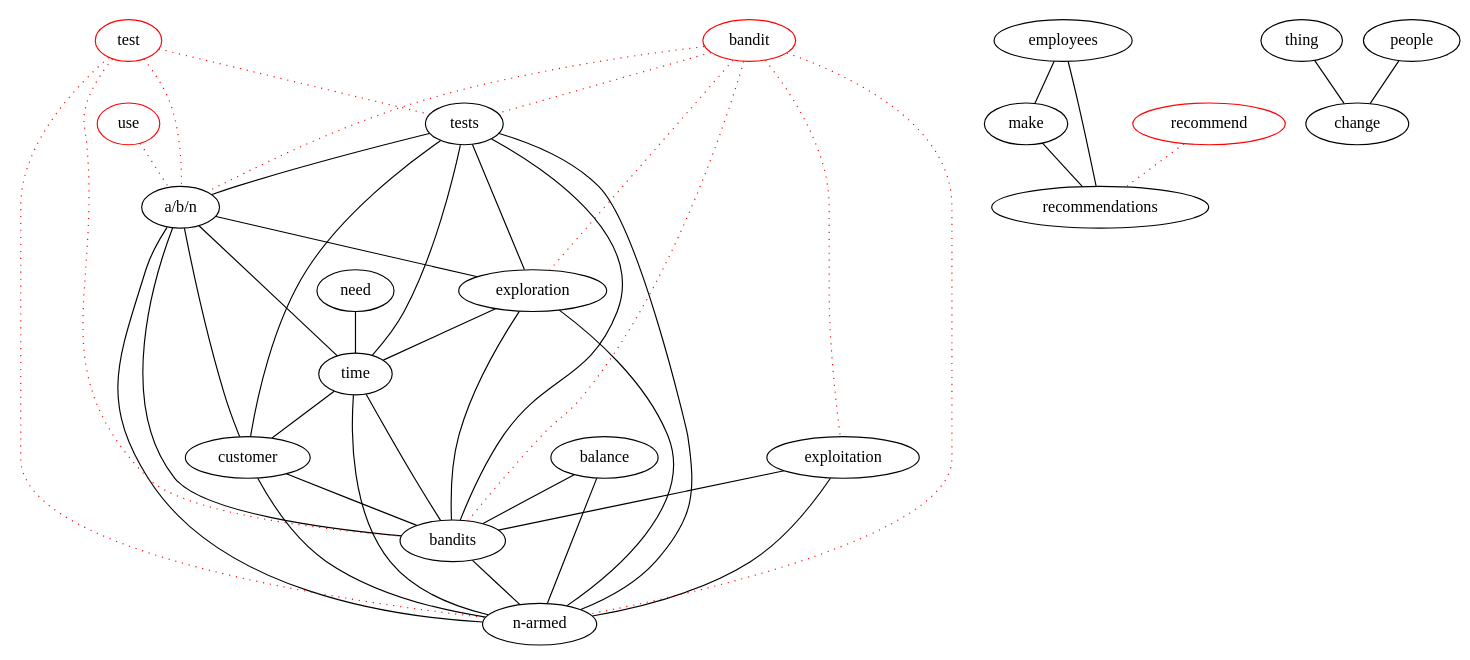
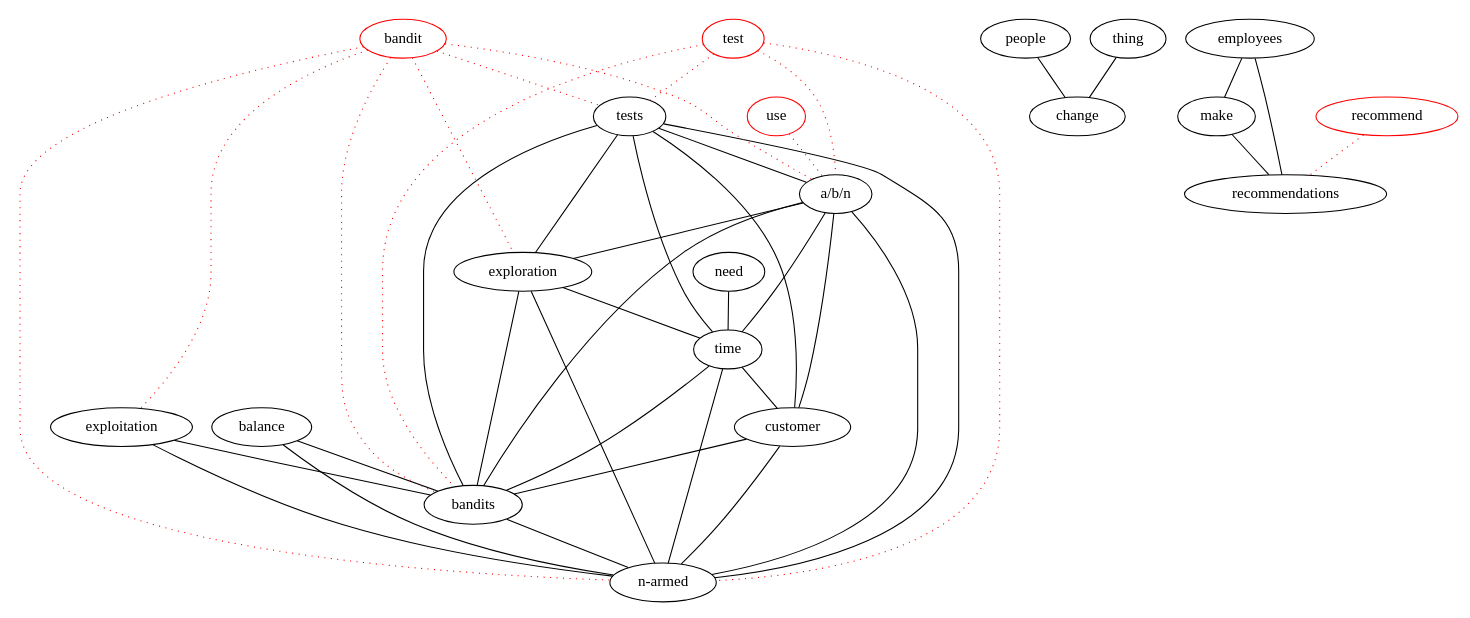
The diagram in dot/actions.dot (michaelweiss/keygraph), drawn with Graphviz before and after one commit. The commit also changed other lines of this file and 2 other files, not shown here.

```diff
--- a/dot/actions.dot
+++ b/dot/actions.dot
@@ -1,65 +1,65 @@
 graph keygraph {
 graph [size="10,10"]
+"a/b/n" [color="black"]
+people [color="black"]
 time [color="black"]
+change [color="black"]
+employees [color="black"]
+thing [color="black"]
+exploitation [color="black"]
 make [color="black"]
+exploration [color="black"]
+balance [color="black"]
+need [color="black"]
 "n-armed" [color="black"]
-"a/b/n" [color="black"]
-exploitation [color="black"]
-need [color="black"]
-exploration [color="black"]
+customer [color="black"]
 recommendations [color="black"]
+bandits [color="black"]
 tests [color="black"]
-bandits [color="black"]
-change [color="black"]
-thing [color="black"]
-employees [color="black"]
-balance [color="black"]
-customer [color="black"]
-people [color="black"]
+use [color="red"]
+bandit [color="red"]
+recommend [color="red"]
 test [color="red"]
-use [color="red"]
-recommend [color="red"]
-bandit [color="red"]
 balance--bandits
 balance--"n-armed"
 employees--make
 employees--recommendations
 make--recommendations
 tests--exploration
 tests--time
 tests--customer
 "a/b/n"--exploration
 "a/b/n"--time
 "a/b/n"--customer
 people--change
 exploration--time
 need--time
 time--bandits
 time--"n-armed"
 customer--bandits
 customer--"n-armed"
 thing--change
 exploitation--bandits
 exploitation--"n-armed"
 exploration--bandits
 exploration--"n-armed"
 time--customer
 tests--"a/b/n"
 tests--bandits
 tests--"n-armed"
 "a/b/n"--bandits
 "a/b/n"--"n-armed"
 bandits--"n-armed"
 recommend--recommendations [color="red", style="dotted"]
 use--"a/b/n" [color="red", style="dotted"]
 bandit--exploitation [color="red", style="dotted"]
 bandit--exploration [color="red", style="dotted"]
 test--tests [color="red", style="dotted"]
 test--bandits [color="red", style="dotted"]
 test--"n-armed" [color="red", style="dotted"]
 bandit--tests [color="red", style="dotted"]
 bandit--"a/b/n" [color="red", style="dotted"]
 test--"a/b/n" [color="red", style="dotted"]
 bandit--bandits [color="red", style="dotted"]
 bandit--"n-armed" [color="red", style="dotted"]
 }
```
